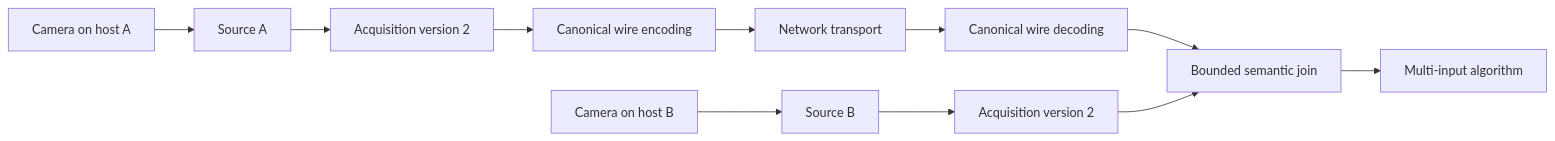
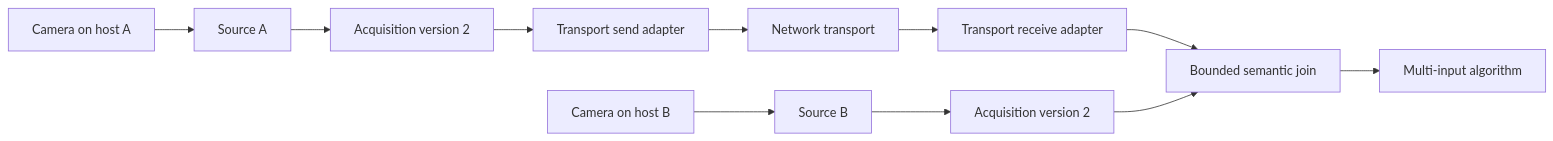
One commit to DarrylGamroth/PipeWireAO changed the diagram in doc/dox/internals/acquisition-metadata.md. Above: the diagram before and after it, drawn with Mermaid. The commit also changed other lines of this file and 195 other files, not shown here.

````diff
--- a/doc/dox/internals/acquisition-metadata.md
+++ b/doc/dox/internals/acquisition-metadata.md
@@ -26,13 +26,13 @@
 ```mermaid
 flowchart LR
     CameraA[Camera on host A] --> SourceA[Source A]
     CameraB[Camera on host B] --> SourceB[Source B]
     SourceA --> MetaA[Acquisition version 2]
     SourceB --> MetaB[Acquisition version 2]
-    MetaA --> Encode[Canonical wire encoding]
-    Encode --> Transport[Network transport]
-    Transport --> Decode[Canonical wire decoding]
-    Decode --> Join[Bounded semantic join]
+    MetaA --> SendAdapter[Transport send adapter]
+    SendAdapter --> Transport[Network transport]
+    Transport --> ReceiveAdapter[Transport receive adapter]
+    ReceiveAdapter --> Join[Bounded semantic join]
     MetaB --> Join
     Join --> Algorithm[Multi-input algorithm]
 ```
````
